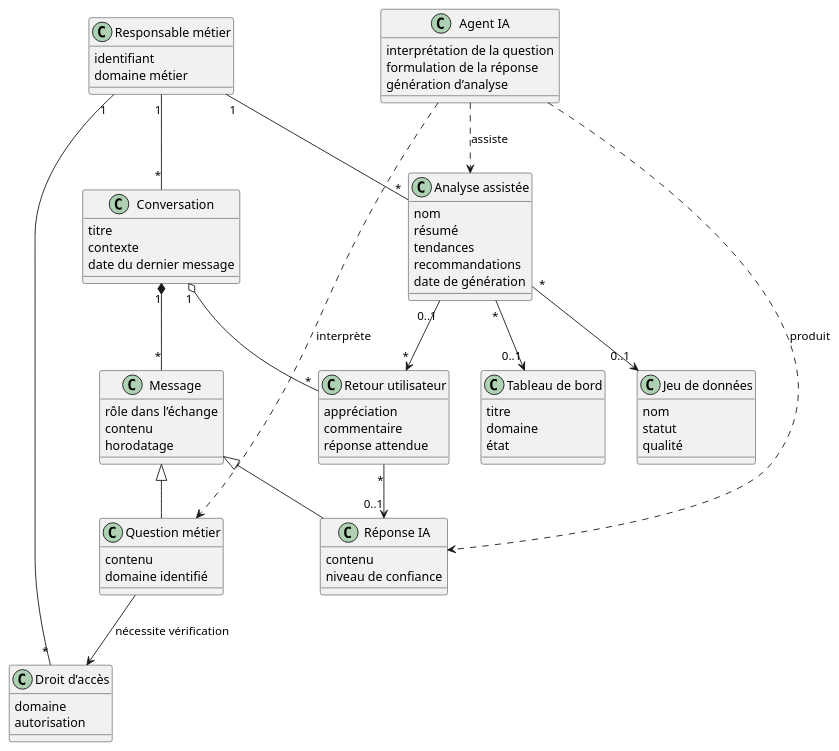
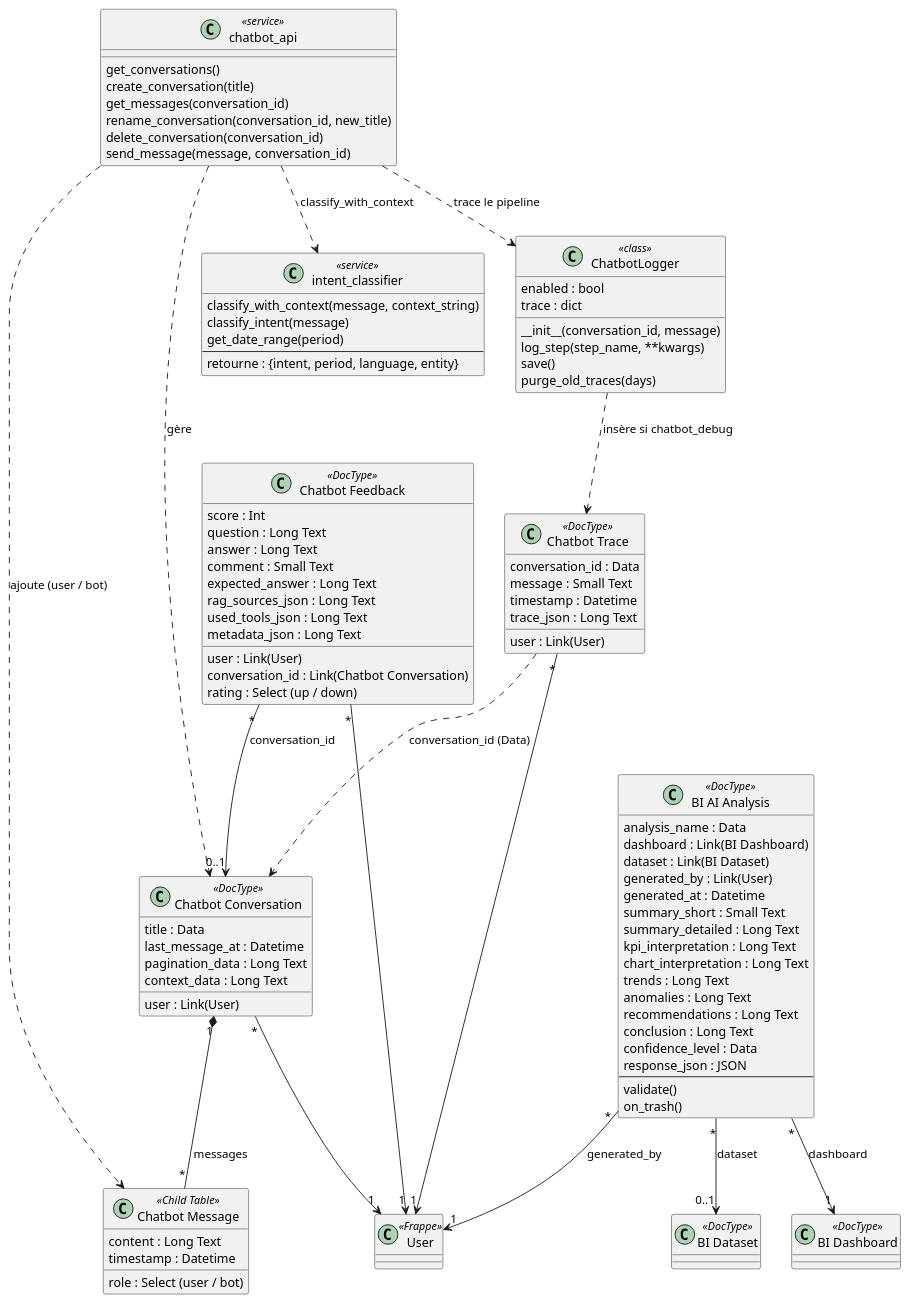
One commit to ybenaoun/custom_dashboard changed diagram 20 of 20 in custom_dashboard/docs/analyse_cas_utilisation_par_sprint.md. Above: the diagram before and after it, drawn with PlantUML. The commit also changed other lines of this file and 10 other files, not shown here.

````diff
--- a/custom_dashboard/docs/analyse_cas_utilisation_par_sprint.md
+++ b/custom_dashboard/docs/analyse_cas_utilisation_par_sprint.md
@@ -985,73 +1207,105 @@
 ```plantuml
 @startuml
-class "Responsable métier" as Responsable {
-  identifiant
-  domaine métier
-}
-class "Conversation" as Conversation {
-  titre
-  contexte
-  date du dernier message
-}
-class "Message" as Message {
-  rôle dans l’échange
-  contenu
-  horodatage
-}
-class "Question métier" as Question {
-  contenu
-  domaine identifié
-}
-class "Réponse IA" as Reponse {
-  contenu
-  niveau de confiance
-}
-class "Analyse assistée" as Analyse {
-  nom
-  résumé
-  tendances
-  recommandations
-  date de génération
-}
-class "Retour utilisateur" as Retour {
-  appréciation
-  commentaire
-  réponse attendue
-}
-class "Tableau de bord" as Tableau {
-  titre
-  domaine
-  état
-}
-class "Jeu de données" as Jeu {
-  nom
-  statut
-  qualité
-}
-class "Agent IA" as Agent {
-  interprétation de la question
-  formulation de la réponse
-  génération d’analyse
-}
-class "Droit d’accès" as Droit {
-  domaine
-  autorisation
+class "Chatbot Conversation" as Conversation <<DocType>> {
+  user : Link(User)
+  title : Data
+  last_message_at : Datetime
+  pagination_data : Long Text
+  context_data : Long Text
 }
 
-Responsable "1" -- "*" Conversation
-Conversation "1" *-- "*" Message
-Message <|-- Question
-Message <|-- Reponse
-Conversation "1" o-- "*" Retour
-Retour "*" --> "0..1" Reponse
-Responsable "1" -- "*" Droit
-Question --> Droit : nécessite vérification
-Analyse "*" --> "0..1" Tableau
-Analyse "*" --> "0..1" Jeu
-Responsable "1" -- "*" Analyse
-Analyse "0..1" --> "*" Retour
-Agent ..> Question : interprète
-Agent ..> Reponse : produit
-Agent ..> Analyse : assiste
+class "Chatbot Message" as Message <<Child Table>> {
+  role : Select (user / bot)
+  content : Long Text
+  timestamp : Datetime
+}
+
+class "Chatbot Feedback" as Feedback <<DocType>> {
+  user : Link(User)
+  conversation_id : Link(Chatbot Conversation)
+  rating : Select (up / down)
+  score : Int
+  question : Long Text
+  answer : Long Text
+  comment : Small Text
+  expected_answer : Long Text
+  rag_sources_json : Long Text
+  used_tools_json : Long Text
+  metadata_json : Long Text
+}
+
+class "Chatbot Trace" as Trace <<DocType>> {
+  conversation_id : Data
+  user : Link(User)
+  message : Small Text
+  timestamp : Datetime
+  trace_json : Long Text
+}
+
+class "chatbot_api" as ChatbotApi <<service>> {
+  get_conversations()
+  create_conversation(title)
+  get_messages(conversation_id)
+  rename_conversation(conversation_id, new_title)
+  delete_conversation(conversation_id)
+  send_message(message, conversation_id)
+}
+
+class "intent_classifier" as IntentClassifier <<service>> {
+  classify_with_context(message, context_string)
+  classify_intent(message)
+  get_date_range(period)
+  --
+  retourne : {intent, period, language, entity}
+}
+
+class "ChatbotLogger" as Logger <<class>> {
+  enabled : bool
+  trace : dict
+  __init__(conversation_id, message)
+  log_step(step_name, **kwargs)
+  save()
+  purge_old_traces(days)
+}
+
+class "BI AI Analysis" as Analysis <<DocType>> {
+  analysis_name : Data
+  dashboard : Link(BI Dashboard)
+  dataset : Link(BI Dataset)
+  generated_by : Link(User)
+  generated_at : Datetime
+  summary_short : Small Text
+  summary_detailed : Long Text
+  kpi_interpretation : Long Text
+  chart_interpretation : Long Text
+  trends : Long Text
+  anomalies : Long Text
+  recommendations : Long Text
+  conclusion : Long Text
+  confidence_level : Data
+  response_json : JSON
+  --
+  validate()
+  on_trash()
+}
+
+class "BI Dashboard" as BIDashboard <<DocType>>
+class "BI Dataset" as BIDataset <<DocType>>
+class "User" as User <<Frappe>>
+
+Conversation "*" --> "1" User
+Conversation "1" *-- "*" Message : messages
+Feedback "*" --> "1" User
+Feedback "*" --> "0..1" Conversation : conversation_id
+Trace "*" --> "1" User
+Trace ..> Conversation : conversation_id (Data)
+ChatbotApi ..> Conversation : gère
+ChatbotApi ..> Message : ajoute (user / bot)
+ChatbotApi ..> IntentClassifier : classify_with_context
+ChatbotApi ..> Logger : trace le pipeline
+Logger ..> Trace : insère si chatbot_debug
+Analysis "*" --> "1" BIDashboard : dashboard
+Analysis "*" --> "0..1" BIDataset : dataset
+Analysis "*" --> "1" User : generated_by
 @enduml
 ```
````
